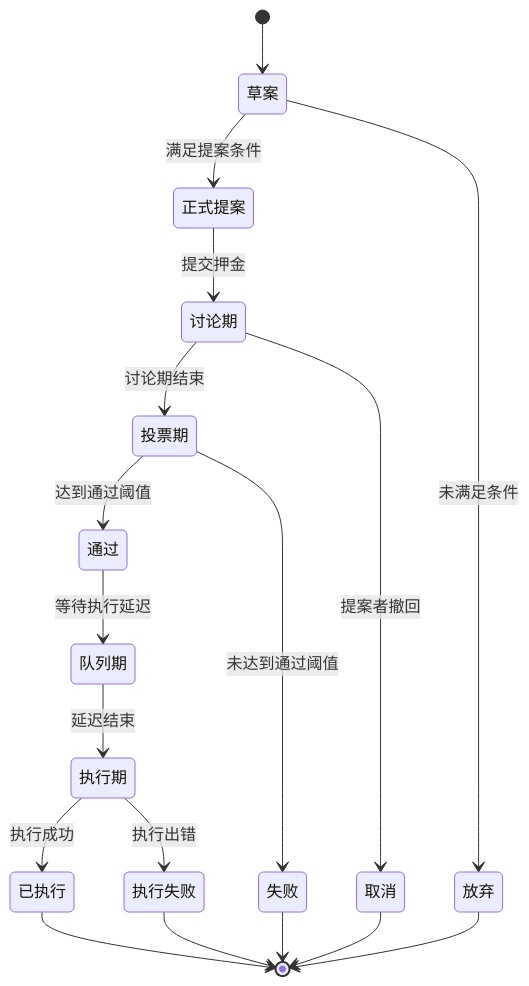
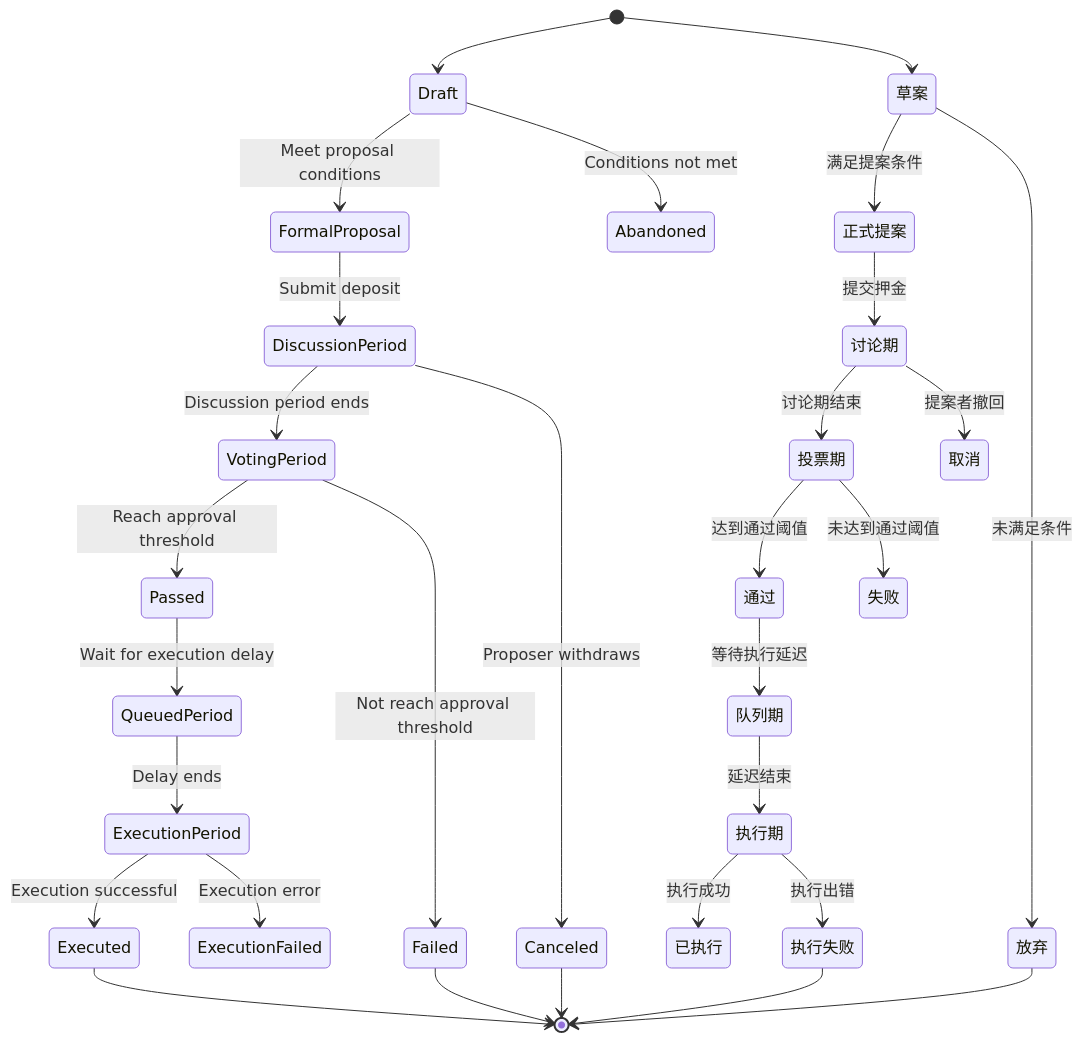
One commit to yb1734492970508/CultureBridge-Frontend1 changed the second of 2 diagrams in design/governance_system_design.md. Above: the diagram before and after it, drawn with Mermaid. The commit also changed other lines of this file, not shown here.

````diff
--- a/design/governance_system_design.md
+++ b/design/governance_system_design.md
@@ -60,20 +96,32 @@
 ```mermaid
 stateDiagram-v2
+    [*] --> Draft
     [*] --> 草案
+    Draft --> FormalProposal: Meet proposal conditions
     草案 --> 正式提案: 满足提案条件
+    Draft --> Abandoned: Conditions not met
     草案 --> 放弃: 未满足条件
+    FormalProposal --> DiscussionPeriod: Submit deposit
     正式提案 --> 讨论期: 提交押金
+    DiscussionPeriod --> VotingPeriod: Discussion period ends
     讨论期 --> 投票期: 讨论期结束
+    DiscussionPeriod --> Canceled: Proposer withdraws
     讨论期 --> 取消: 提案者撤回
+    VotingPeriod --> Passed: Reach approval threshold
     投票期 --> 通过: 达到通过阈值
+    VotingPeriod --> Failed: Not reach approval threshold
     投票期 --> 失败: 未达到通过阈值
+    Passed --> QueuedPeriod: Wait for execution delay
     通过 --> 队列期: 等待执行延迟
+    QueuedPeriod --> ExecutionPeriod: Delay ends
     队列期 --> 执行期: 延迟结束
+    ExecutionPeriod --> Executed: Execution successful
     执行期 --> 已执行: 执行成功
+    ExecutionPeriod --> ExecutionFailed: Execution error
     执行期 --> 执行失败: 执行出错
-    已执行 --> [*]
+    Executed --> [*]
     执行失败 --> [*]
-    失败 --> [*]
-    取消 --> [*]
+    Failed --> [*]
+    Canceled --> [*]
     放弃 --> [*]
 ```
````
